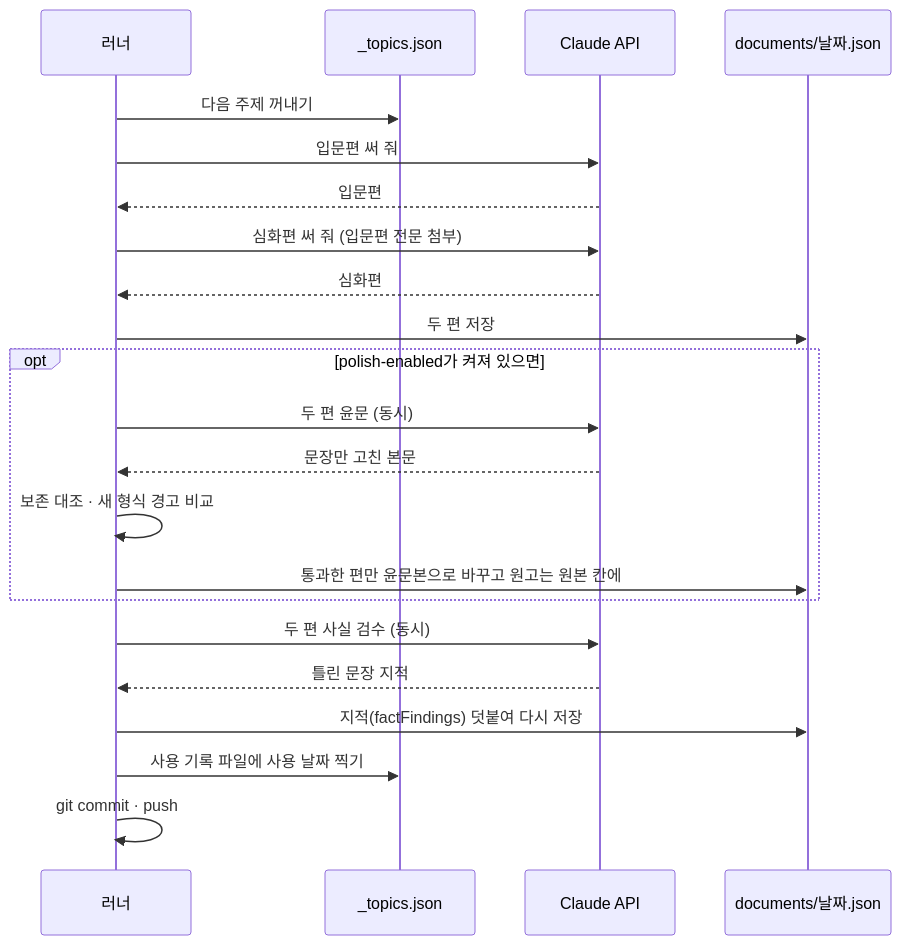
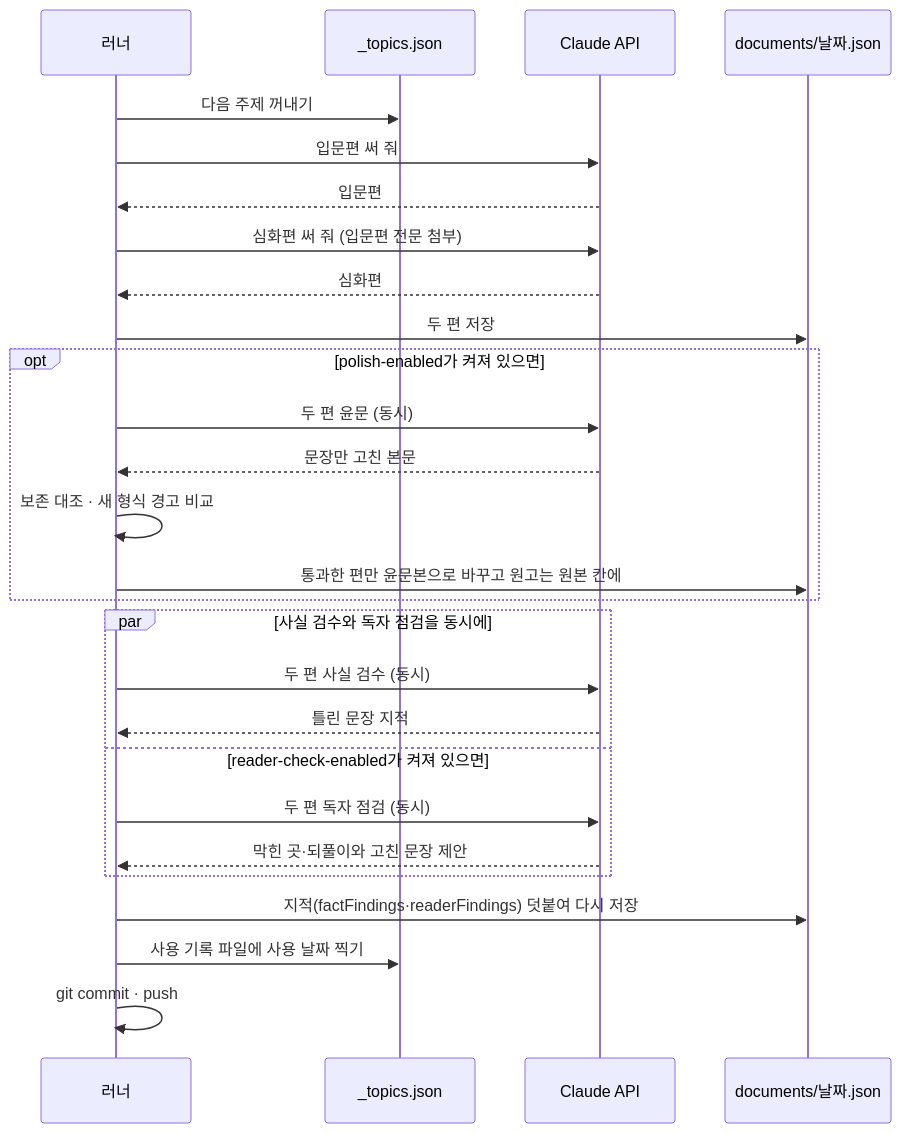
Before and after one commit to minsu0922/study_project: the second of 4 diagrams in docs/28-content-flow.md, drawn with Mermaid. The commit also changed other lines of this file and 2 other files, not shown here.

````diff
--- a/docs/28-content-flow.md
+++ b/docs/28-content-flow.md
@@ -120,25 +120,30 @@
 ```mermaid
 sequenceDiagram
     participant R as 러너
     participant Q as _topics.json
     participant C as Claude API
     participant F as documents/날짜.json
 
     R->>Q: 다음 주제 꺼내기
     R->>C: 입문편 써 줘
     C-->>R: 입문편
     R->>C: 심화편 써 줘 (입문편 전문 첨부)
     C-->>R: 심화편
     R->>F: 두 편 저장
     opt polish-enabled가 켜져 있으면
         R->>C: 두 편 윤문 (동시)
         C-->>R: 문장만 고친 본문
         R->>R: 보존 대조 · 새 형식 경고 비교
         R->>F: 통과한 편만 윤문본으로 바꾸고 원고는 원본 칸에
     end
-    R->>C: 두 편 사실 검수 (동시)
-    C-->>R: 틀린 문장 지적
-    R->>F: 지적(factFindings) 덧붙여 다시 저장
+    par 사실 검수와 독자 점검을 동시에
+        R->>C: 두 편 사실 검수 (동시)
+        C-->>R: 틀린 문장 지적
+    and reader-check-enabled가 켜져 있으면
+        R->>C: 두 편 독자 점검 (동시)
+        C-->>R: 막힌 곳·되풀이와 고친 문장 제안
+    end
+    R->>F: 지적(factFindings·readerFindings) 덧붙여 다시 저장
     R->>Q: 사용 기록 파일에 사용 날짜 찍기
     R->>R: git commit · push
 ```
````
